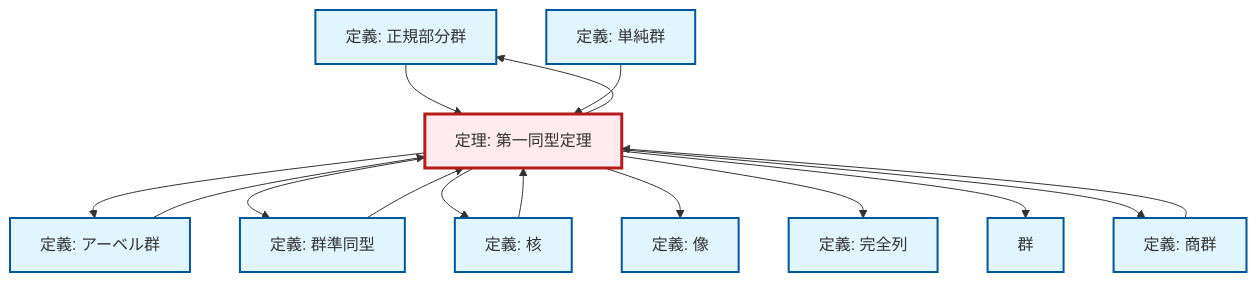
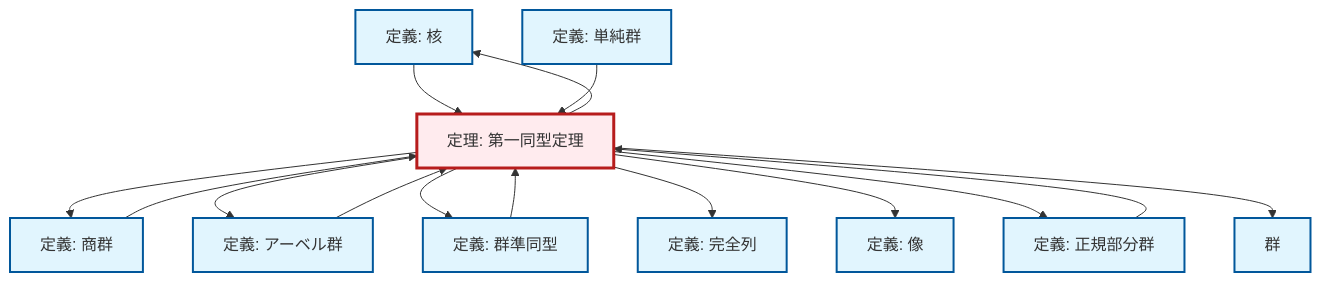
One commit to RK0429/ModernMath changed the diagram in content/ja/algebra/thm-first-isomorphism.qmd. Above: the diagram before and after it, drawn with Mermaid. The commit also changed other lines of this file and 1012 other files, not shown here.

````diff
--- a/content/ja/algebra/thm-first-isomorphism.qmd
+++ b/content/ja/algebra/thm-first-isomorphism.qmd
@@ -110,43 +110,43 @@
 ```{mermaid}
 %%| fig-cap: "Local dependency graph"
 graph TD
     classDef definition fill:#e1f5fe,stroke:#01579b,stroke-width:2px
     classDef theorem fill:#f3e5f5,stroke:#4a148c,stroke-width:2px
     classDef axiom fill:#fff3e0,stroke:#e65100,stroke-width:2px
     classDef example fill:#e8f5e9,stroke:#1b5e20,stroke-width:2px
     classDef current fill:#ffebee,stroke:#b71c1c,stroke-width:3px
+    def-kernel["定義: 核"]:::definition
+    def-simple-group["定義: 単純群"]:::definition
     def-image["定義: 像"]:::definition
+    def-quotient-group["定義: 商群"]:::definition
+    def-abelian-group["定義: アーベル群"]:::definition
     def-normal-subgroup["定義: 正規部分群"]:::definition
+    def-homomorphism["定義: 群準同型"]:::definition
     def-exact-sequence["定義: 完全列"]:::definition
     thm-first-isomorphism["定理: 第一同型定理"]:::theorem
-    def-quotient-group["定義: 商群"]:::definition
-    def-abelian-group["定義: アーベル群"]:::definition
-    def-homomorphism["定義: 群準同型"]:::definition
-    def-simple-group["定義: 単純群"]:::definition
-    def-kernel["定義: 核"]:::definition
     def-group["群"]:::definition
+    def-homomorphism --> thm-first-isomorphism
+    thm-first-isomorphism --> def-quotient-group
     thm-first-isomorphism --> def-abelian-group
+    thm-first-isomorphism --> def-kernel
+    def-normal-subgroup --> thm-first-isomorphism
     thm-first-isomorphism --> def-homomorphism
-    def-normal-subgroup --> thm-first-isomorphism
+    def-kernel --> thm-first-isomorphism
+    thm-first-isomorphism --> def-exact-sequence
+    thm-first-isomorphism --> def-image
+    thm-first-isomorphism --> def-normal-subgroup
+    thm-first-isomorphism --> def-group
+    def-abelian-group --> thm-first-isomorphism
     def-simple-group --> thm-first-isomorphism
-    thm-first-isomorphism --> def-kernel
     def-quotient-group --> thm-first-isomorphism
-    thm-first-isomorphism --> def-image
-    thm-first-isomorphism --> def-exact-sequence
-    def-kernel --> thm-first-isomorphism
-    def-abelian-group --> thm-first-isomorphism
-    def-homomorphism --> thm-first-isomorphism
-    thm-first-isomorphism --> def-group
-    thm-first-isomorphism --> def-normal-subgroup
-    thm-first-isomorphism --> def-quotient-group
     class thm-first-isomorphism current
+    click def-kernel "def-kernel.html" "核の定義へ"
+    click def-simple-group "def-simple-group.html" "単純群の定義へ"
     click def-image "def-image.html" "像の定義へ"
-    click def-normal-subgroup "def-normal-subgroup.html" "正規部分群の定義へ"
-    click def-exact-sequence "def-exact-sequence.html" "完全列の定義へ"
     click def-quotient-group "def-quotient-group.html" "商群の定義へ"
     click def-abelian-group "def-abelian-group.html" "アーベル群の定義へ"
+    click def-normal-subgroup "def-normal-subgroup.html" "正規部分群の定義へ"
     click def-homomorphism "def-homomorphism.html" "群準同型の定義へ"
-    click def-simple-group "def-simple-group.html" "単純群の定義へ"
-    click def-kernel "def-kernel.html" "核の定義へ"
+    click def-exact-sequence "def-exact-sequence.html" "完全列の定義へ"
     click def-group "def-group.html" "群へ"
 ```
````
